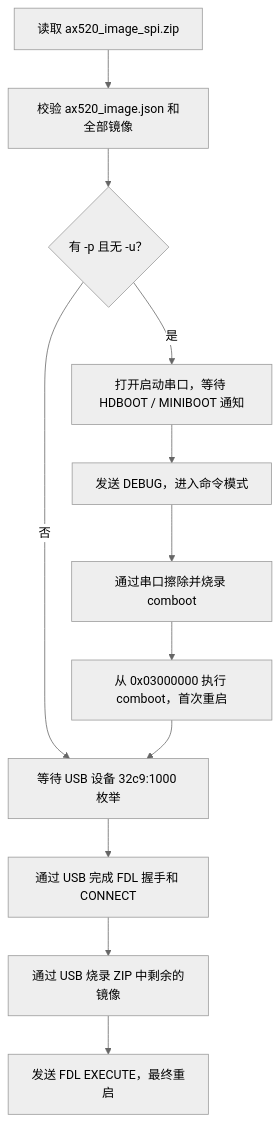
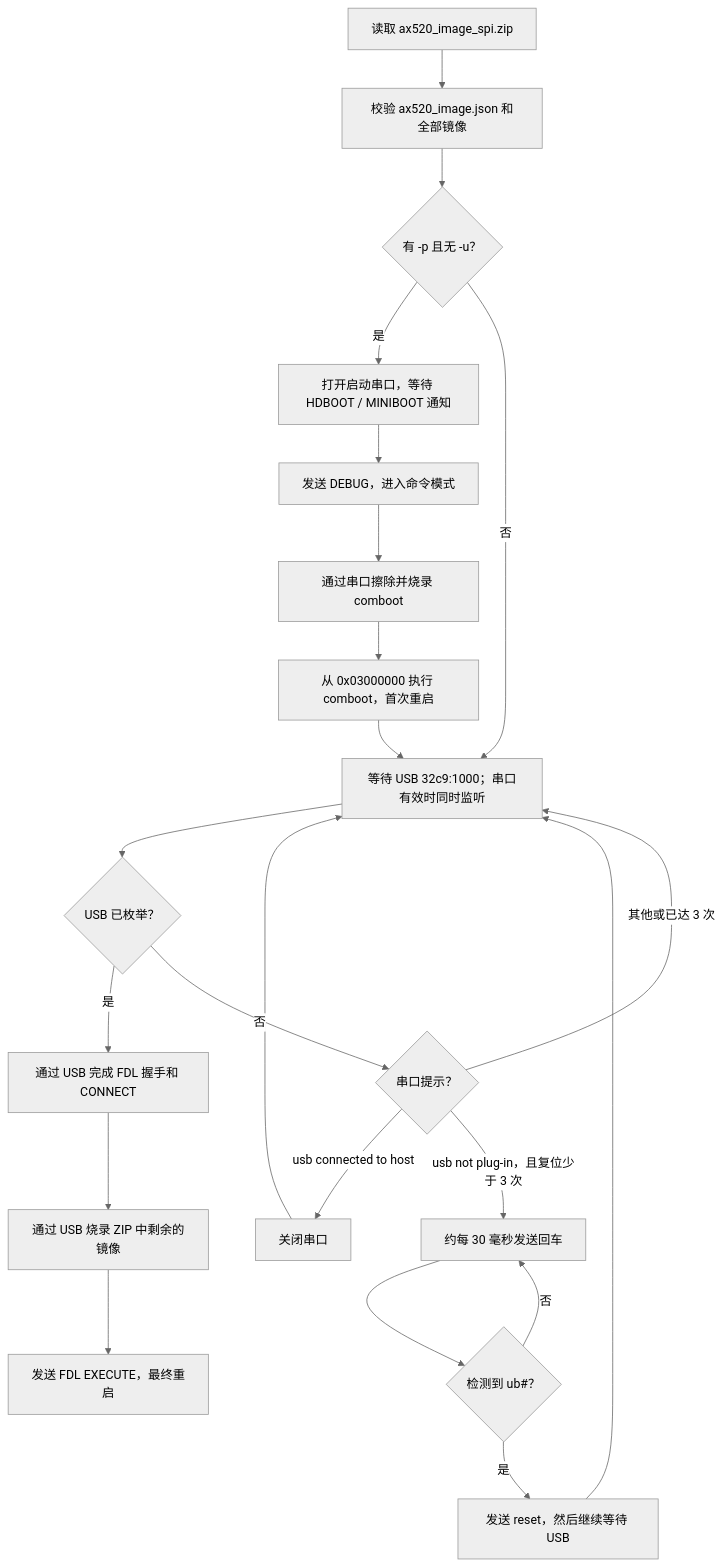
Before and after one commit to dianjixz/ax520_usb_update: the first of 2 diagrams in README.md, drawn with Mermaid (neutral theme). The commit also changed other lines of this file and 2 other files, not shown here.

Commit message:
Reset U-Boot over serial while waiting for USB enumeration
Monitor serial output during the USB wait and react to device messages:
close the monitor on "usb connected to host", and on "usb not plug-in"
probe for the U-Boot prompt with a CR every 30 ms, then send "reset"
(up to 3 times). Reopen the serial port if it drops during recovery.

Always hand the serial monitor to the caller and to wait_and_update_usb so
recovery keeps working in both the ZIP and manual command flows.

````diff
--- a/README.md
+++ b/README.md
@@ -55,14 +55,22 @@
 ```mermaid
 flowchart TD
     A["读取 ax520_image_spi.zip"] --> B["校验 ax520_image.json 和全部镜像"]
     B --> U{"有 -p 且无 -u？"}
     U -- 是 --> C["打开启动串口，等待 HDBOOT / MINIBOOT 通知"]
-    U -- 否 --> G["等待 USB 设备 32c9:1000 枚举"]
+    U -- 否 --> W["等待 USB 32c9:1000；串口有效时同时监听"]
     C --> D["发送 DEBUG，进入命令模式"]
     D --> E["通过串口擦除并烧录 comboot"]
     E --> F["从 0x03000000 执行 comboot，首次重启"]
-    F --> G["等待 USB 设备 32c9:1000 枚举"]
-    G --> H["通过 USB 完成 FDL 握手和 CONNECT"]
+    F --> W
+    W --> V{"USB 已枚举？"}
+    V -- 是 --> H["通过 USB 完成 FDL 握手和 CONNECT"]
+    V -- 否 --> T{"串口提示？"}
+    T -- "usb connected to host" --> C1["关闭串口"] --> W
+    T -- "usb not plug-in，且复位少于 3 次" --> R["约每 30 毫秒发送回车"]
+    R --> P{"检测到 ub#？"}
+    P -- 否 --> R
+    P -- 是 --> Q["发送 reset，然后继续等待 USB"] --> W
+    T -- "其他或已达 3 次" --> W
     H --> I["通过 USB 烧录 ZIP 中剩余的镜像"]
     I --> J["发送 FDL EXECUTE，最终重启"]
 ```
````
